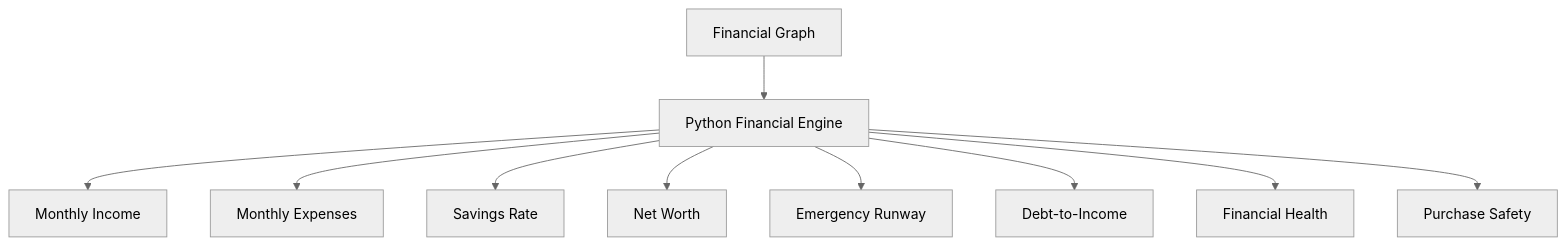
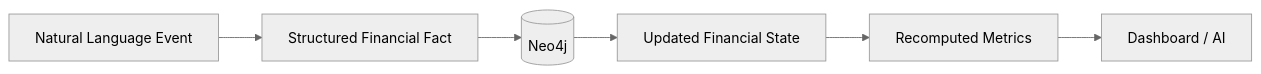
The fifth of 11 diagrams in README.md (ShlokMishra01/Fintech-assistant-model-with-neo4j-and-Python), drawn with Mermaid (neutral theme) before and after one commit. The commit also changed other lines of this file, not shown here.

````diff
--- a/README.md
+++ b/README.md
@@ -236,13 +353,10 @@
 ```mermaid
-flowchart TD
-    A["Financial Graph"] --> B["Python Financial Engine"]
+flowchart LR
 
-    B --> C["Monthly Income"]
-    B --> D["Monthly Expenses"]
-    B --> E["Savings Rate"]
-    B --> F["Net Worth"]
-    B --> G["Emergency Runway"]
-    B --> H["Debt-to-Income"]
-    B --> I["Financial Health"]
-    B --> J["Purchase Safety"]
+    A["Natural Language Event"]
+    --> B["Structured Financial Fact"]
+    --> C[("Neo4j")]
+    --> D["Updated Financial State"]
+    --> E["Recomputed Metrics"]
+    --> F["Dashboard / AI"]
 ```
````
